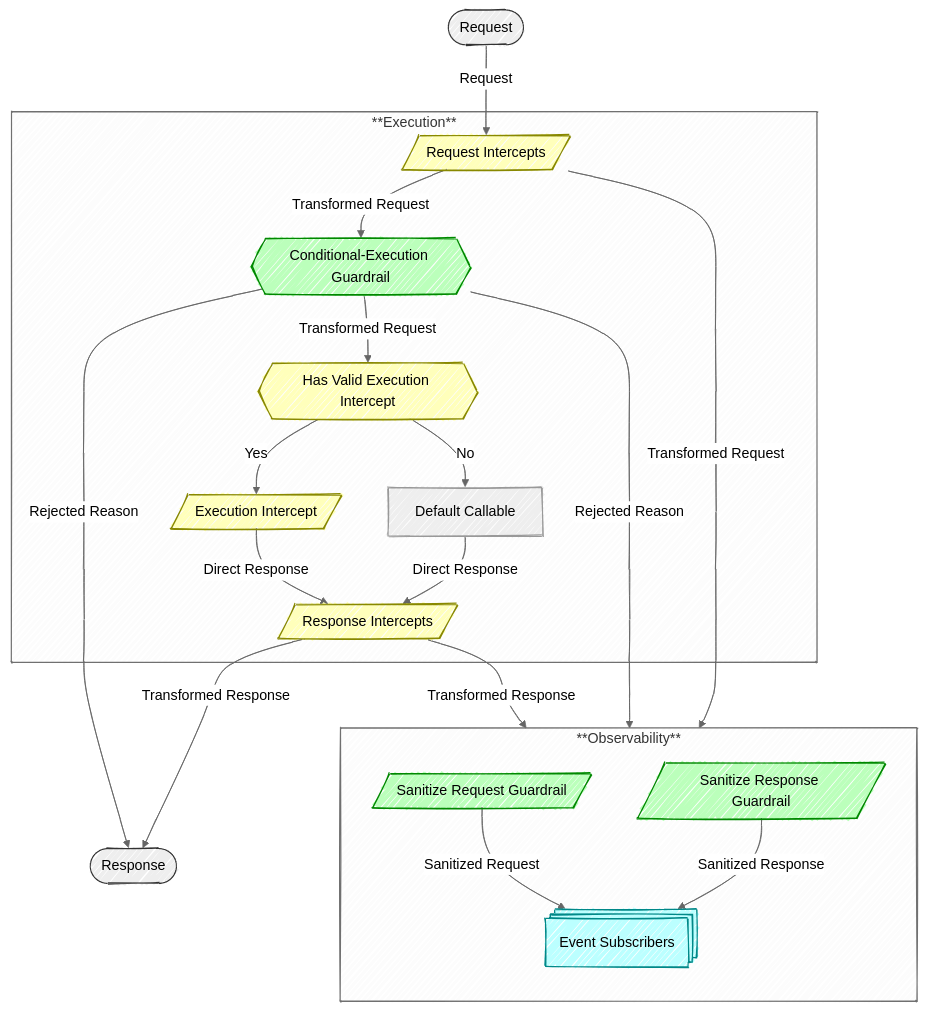
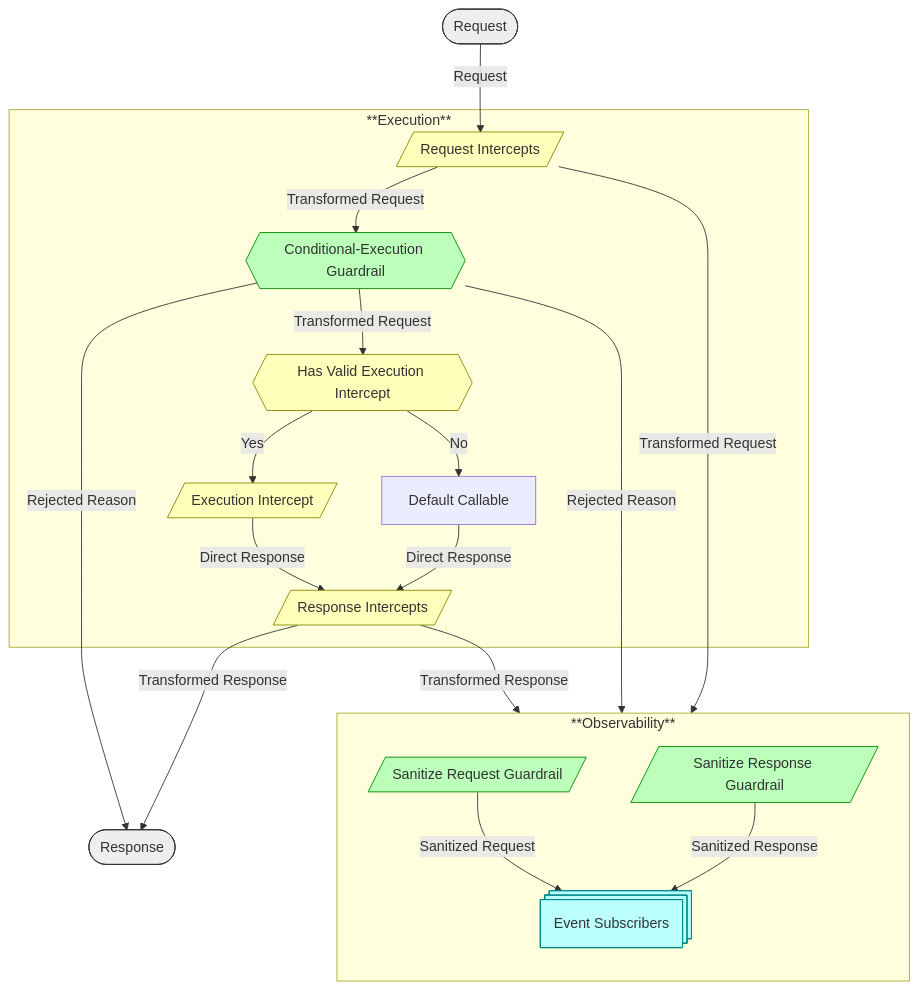
The diagram in README.md (NVIDIA/NeMo-Relay), drawn with Mermaid before and after one commit. The commit also changed 44 other files, not shown here.

````diff
--- a/README.md
+++ b/README.md
@@ -103,54 +103,48 @@
 ```mermaid
----
-config:
-  look: handDrawn
-  theme: neutral
----
 flowchart TB
     direction TB
     Request([Request])
     subgraph **Execution**
         RequestIntercepts[/Request Intercepts/]
         ConditionalExecutionGuardrails{{Conditional-Execution Guardrail}}
         HasExecutionIntercept{{Has Valid Execution Intercept}}
         ExecutionIntercepts[/Execution Intercept/]
         DefaultCallable[Default Callable]
         ResponseIntercepts[/Response Intercepts/]
     end
     Response([Response])
 
     subgraph **Observability**
         direction TB
         SanitizeRequestGuardrails[/Sanitize Request Guardrail/]
         SanitizeResponseGuardrails[/Sanitize Response Guardrail/]
         EventSubscribers@{ shape: processes, label: "Event Subscribers" }
     end
 
 
     Request -->|Request| RequestIntercepts
     RequestIntercepts -->|Transformed Request| ConditionalExecutionGuardrails
     RequestIntercepts -->|Transformed Request| SanitizeRequestGuardrails
     ConditionalExecutionGuardrails -->|Rejected Reason| Response
     ConditionalExecutionGuardrails -->|Rejected Reason| EventSubscribers
     ConditionalExecutionGuardrails -->|Transformed Request| HasExecutionIntercept
     HasExecutionIntercept -->|Yes| ExecutionIntercepts
     HasExecutionIntercept -->|No| DefaultCallable
     ExecutionIntercepts -->|Direct Response| ResponseIntercepts
     DefaultCallable -->|Direct Response| ResponseIntercepts
     ResponseIntercepts -->|Transformed Response| Response
     ResponseIntercepts -->|Transformed Response| SanitizeResponseGuardrails
     SanitizeRequestGuardrails -->|Sanitized Request| EventSubscribers
     SanitizeResponseGuardrails -->|Sanitized Response| EventSubscribers
 
     style Request fill:#eee,stroke:#333
     style Response fill:#eee,stroke:#333
     style EventSubscribers fill:#bff,stroke:#088
     style RequestIntercepts fill:#ffb,stroke:#880
     style HasExecutionIntercept fill:#ffb,stroke:#880
     style ResponseIntercepts fill:#ffb,stroke:#880
     style ExecutionIntercepts fill:#ffb,stroke:#880
     style ConditionalExecutionGuardrails fill:#bfb,stroke:#080
     style SanitizeRequestGuardrails fill:#bfb,stroke:#080
     style SanitizeResponseGuardrails fill:#bfb,stroke:#080
-
 ```
````
